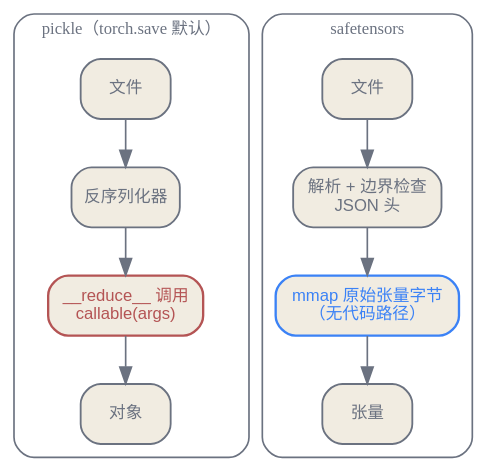
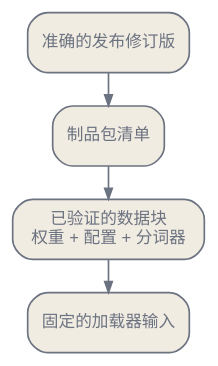
The first of 3 diagrams in zh/ecosystem/02-model-artifacts.qmd (latere-ai/ai-as-an-infrastructure), drawn with Graphviz before and after one commit. The commit also changed other lines of this file and 1 other file, not shown here.

Commit message:
docs: rewrite Chinese model artifacts chapter

````diff
--- a/zh/ecosystem/02-model-artifacts.qmd
+++ b/zh/ecosystem/02-model-artifacts.qmd
@@ -28,30 +7,19 @@
 ```{dot}
-//| label: fig-model-artifacts-loadpaths
-//| fig-cap: "两条加载路径。pickle 路径通过调用文件所指名的可调用对象来重建对象，于是加载即执行代码，安全性依赖扫描器。safetensors 路径解析一个带边界检查的头、映射原始字节，没有可被利用的代码路径。"
-digraph loadpaths {
+//| label: fig-artifact-bundle
+//| fig-cap: "一次模型发布最终会解析成一个制品包。准确的修订版选定清单，清单列出所有必需数据块，加载器只接收这组已经验证的内容。仅凭权重文件名无法确定实际部署的是哪个模型。"
+digraph artifact_bundle {
   bgcolor="transparent";
   rankdir=TB;
-  nodesep=0.4; ranksep=0.4;
-  node [shape=box, style="rounded,filled", fontname="Helvetica", fontsize=10, color="#6b7280", fontcolor="#6b7280", fillcolor="#f1ece1", penwidth=1.1];
-  edge [fontsize=9, fontname="Helvetica", color="#6b7280", fontcolor="#6b7280"];
-
-  subgraph cluster_pickle {
-    label="pickle（torch.save 默认）";
-    style=rounded; color="#6b7280"; fontcolor="#6b7280"; fontsize=10;
-    pf [label="文件"];
-    pu [label="反序列化器"];
-    pr [label="__reduce__ 调用\ncallable(args)", color="#b45454", fontcolor="#b45454", penwidth=1.4];
-    po [label="对象"];
-    pf -> pu -> pr -> po;
-  }
-  subgraph cluster_st {
-    label="safetensors";
-    style=rounded; color="#6b7280"; fontcolor="#6b7280"; fontsize=10;
-    sf [label="文件"];
-    sh [label="解析 + 边界检查\nJSON 头"];
-    sm [label="mmap 原始张量字节\n（无代码路径）", color="#3b82f6", fontcolor="#3b82f6", penwidth=1.4];
-    st [label="张量"];
-    sf -> sh -> sm -> st;
-  }
+  nodesep=0.16;
+  ranksep=0.28;
+  node [shape=box, style="rounded,filled", fontname="Helvetica", fontsize=10,
+        color="#6b7280", fontcolor="#6b7280", fillcolor="#f1ece1",
+        margin="0.12,0.08"];
+  edge [color="#6b7280", arrowsize=0.65];
+  R [label="准确的发布修订版"];
+  M [label="制品包清单"];
+  B [label="已验证的数据块\n权重 + 配置 + 分词器"];
+  L [label="固定的加载器输入"];
+  R -> M -> B -> L;
 }
 ```
````
